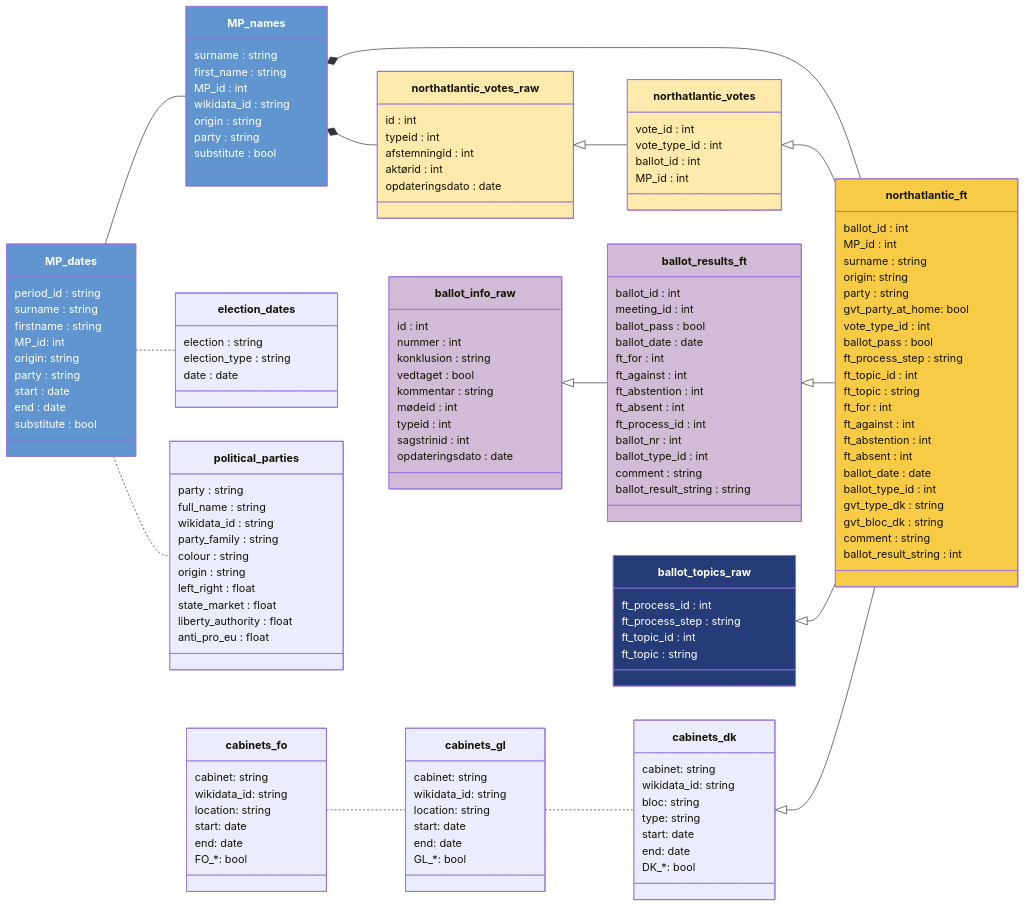
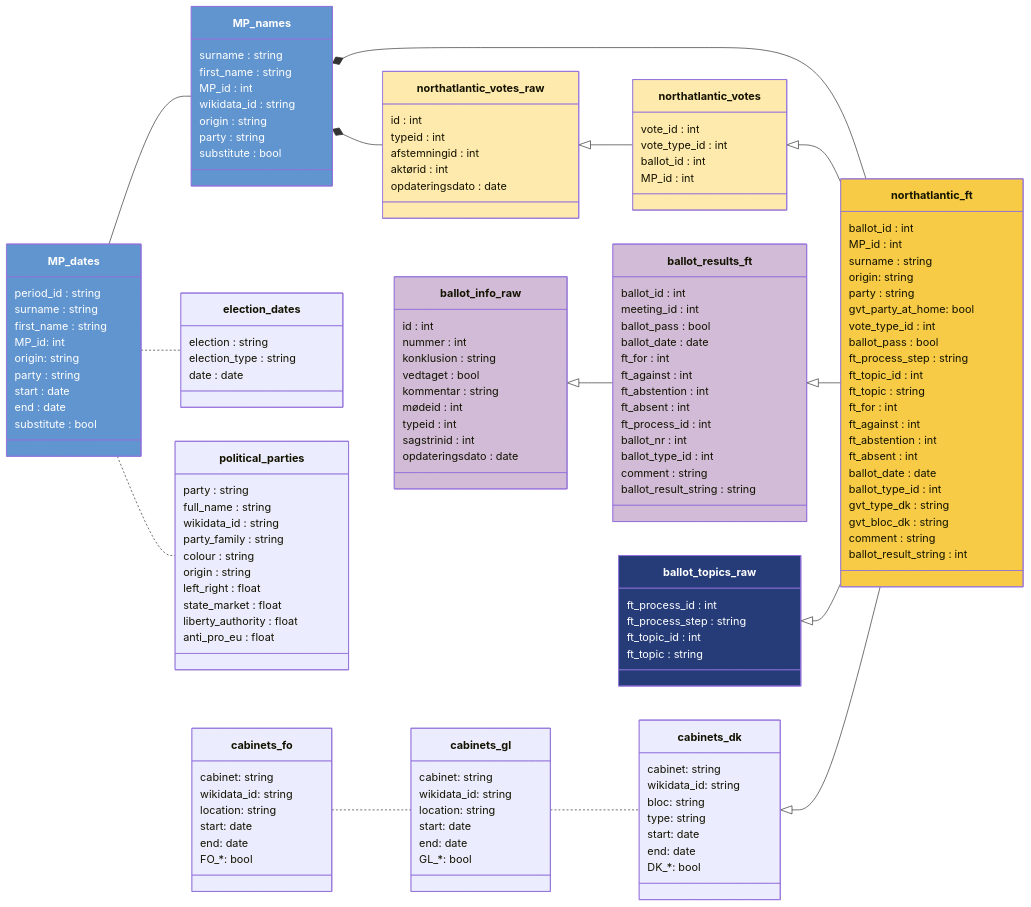
The diagram in docs/codebook.qmd (mtwente/nordatlantisk-ft), drawn with Mermaid before and after one commit. The commit also changed other lines of this file and 4 other files, not shown here.

```diff
--- a/docs/codebook.qmd
+++ b/docs/codebook.qmd
@@ -158,7 +158,7 @@
         class MP_dates {
         period_id : string
         surname : string
-        firstname : string
+        first_name : string
         MP_id: int
         origin: string
         party : string
```
